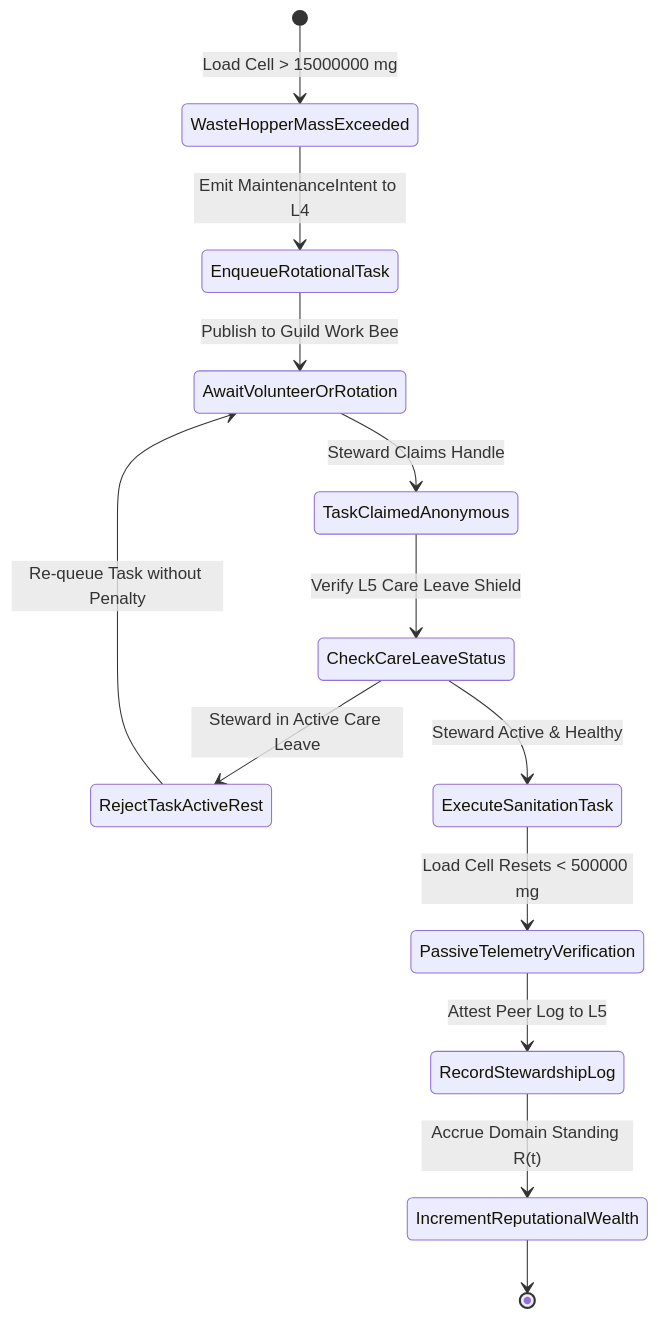
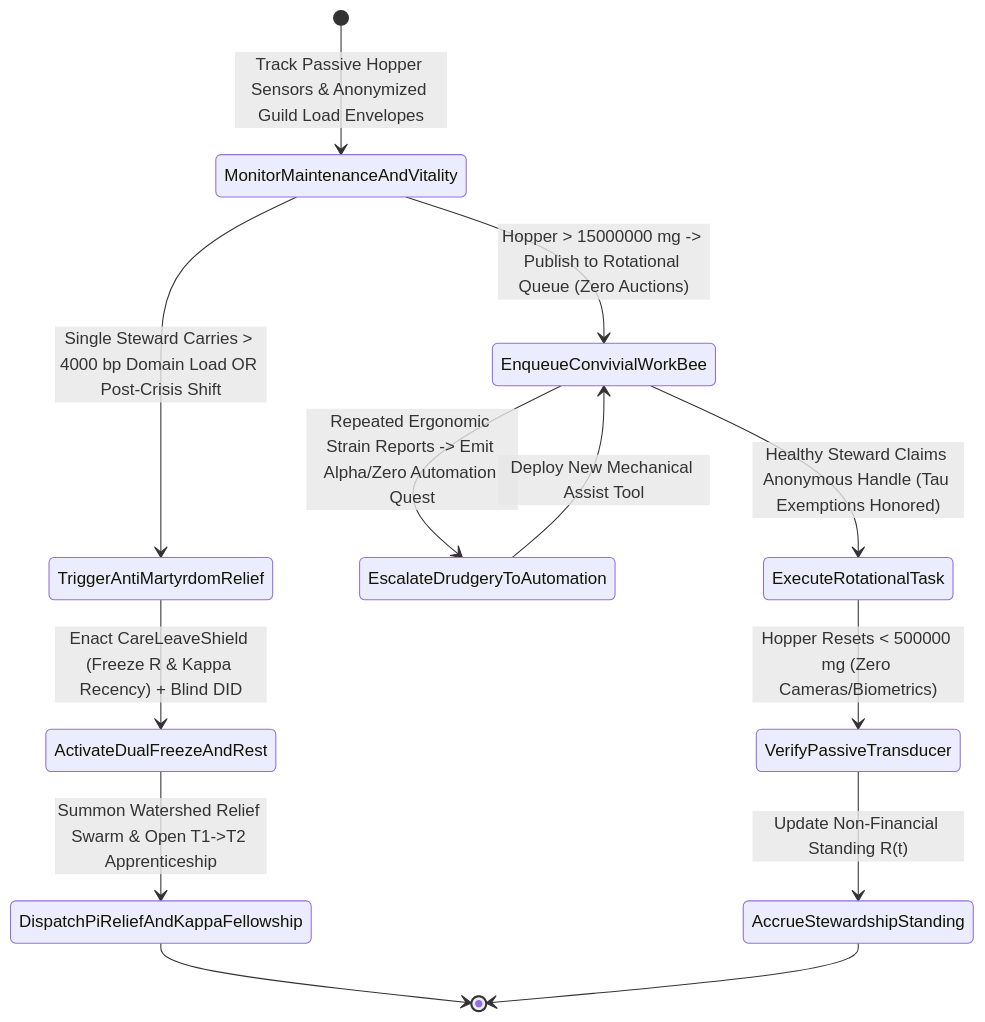
Before and after one commit to raffaine/collective: the third of 3 diagrams in docs/scenarios/sigma_burnout.md, drawn with Mermaid. The commit also changed other lines of this file and 33 other files, not shown here.

Commit message:
feat(v3.1): Scenario Zero self-hosting daemons, dual-fidelity blueprints, and clean-slate scenario infrastructure

````diff
--- a/docs/scenarios/sigma_burnout.md
+++ b/docs/scenarios/sigma_burnout.md
@@ -91,17 +127,17 @@
 ```mermaid
 stateDiagram-v2
-    [*] --> WasteHopperMassExceeded: Load Cell > 15000000 mg
-    WasteHopperMassExceeded --> EnqueueRotationalTask: Emit MaintenanceIntent to L4
-    EnqueueRotationalTask --> AwaitVolunteerOrRotation: Publish to Guild Work Bee
-    AwaitVolunteerOrRotation --> TaskClaimedAnonymous: Steward Claims Handle
-    TaskClaimedAnonymous --> CheckCareLeaveStatus: Verify L5 Care Leave Shield
-    
-    CheckCareLeaveStatus --> RejectTaskActiveRest: Steward in Active Care Leave
-    RejectTaskActiveRest --> AwaitVolunteerOrRotation: Re-queue Task without Penalty
-    
-    CheckCareLeaveStatus --> ExecuteSanitationTask: Steward Active & Healthy
-    ExecuteSanitationTask --> PassiveTelemetryVerification: Load Cell Resets < 500000 mg
-    PassiveTelemetryVerification --> RecordStewardshipLog: Attest Peer Log to L5
-    RecordStewardshipLog --> IncrementReputationalWealth: Accrue Domain Standing R(t)
-    IncrementReputationalWealth --> [*]
+    [*] --> MonitorMaintenanceAndVitality: Track Passive Hopper Sensors & Anonymized Guild Load Envelopes
+    MonitorMaintenanceAndVitality --> TriggerAntiMartyrdomRelief: Single Steward Carries > 4000 bp Domain Load OR Post-Crisis Shift
+    TriggerAntiMartyrdomRelief --> ActivateDualFreezeAndRest: Enact CareLeaveShield (Freeze R & Kappa Recency) + Blind DID
+    ActivateDualFreezeAndRest --> DispatchPiReliefAndKappaFellowship: Summon Watershed Relief Swarm & Open T1->T2 Apprenticeship
+    DispatchPiReliefAndKappaFellowship --> [*]
+
+    MonitorMaintenanceAndVitality --> EnqueueConvivialWorkBee: Hopper > 15000000 mg -> Publish to Rotational Queue (Zero Auctions)
+    EnqueueConvivialWorkBee --> EscalateDrudgeryToAutomation: Repeated Ergonomic Strain Reports -> Emit Alpha/Zero Automation Quest
+    EscalateDrudgeryToAutomation --> EnqueueConvivialWorkBee: Deploy New Mechanical Assist Tool
+
+    EnqueueConvivialWorkBee --> ExecuteRotationalTask: Healthy Steward Claims Anonymous Handle (Tau Exemptions Honored)
+    ExecuteRotationalTask --> VerifyPassiveTransducer: Hopper Resets < 500000 mg (Zero Cameras/Biometrics)
+    VerifyPassiveTransducer --> AccrueStewardshipStanding: Update Non-Financial Standing R(t)
+    AccrueStewardshipStanding --> [*]
 ```
````
